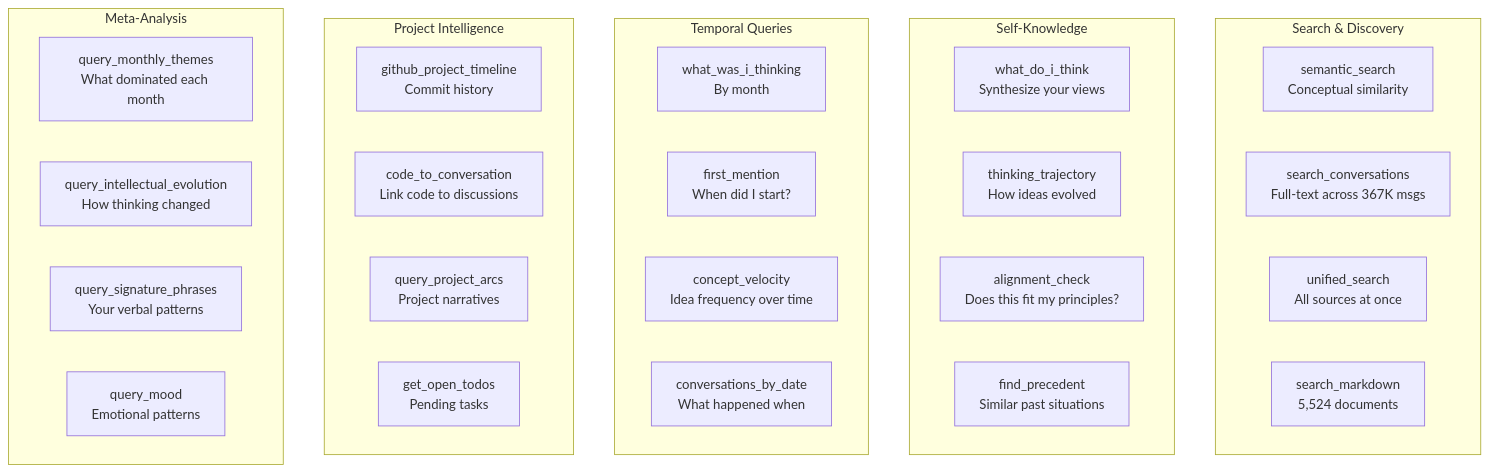
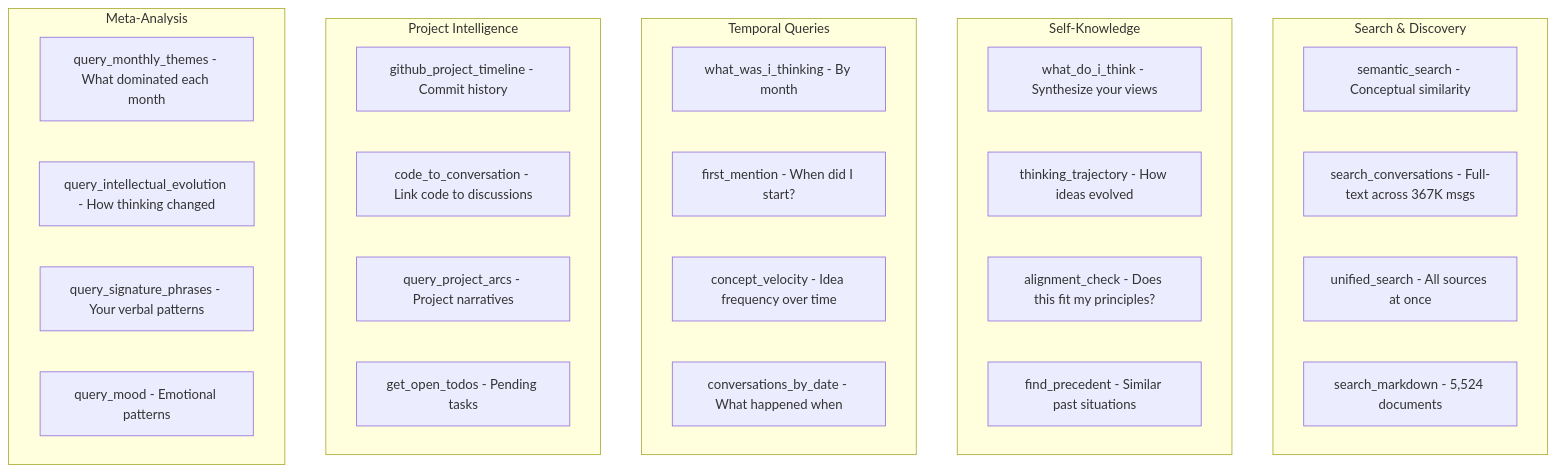
One commit to mordechaipotash/qinbot changed the second of 5 diagrams in README.md. Above: the diagram before and after it, drawn with Mermaid. The commit also changed other lines of this file, not shown here.

Commit message:
Fix: Mermaid diagram parse error - replace <br/> with dashes
GitHub's Mermaid renderer doesn't support HTML tags in node labels.
Replaced <br/> with ' - ' in diagram nodes while keeping HTML in tables.

````diff
--- a/README.md
+++ b/README.md
@@ -159,37 +159,37 @@
 ```mermaid
 graph TB
     subgraph "Search & Discovery"
-        S1[semantic_search<br/>Conceptual similarity]
-        S2[search_conversations<br/>Full-text across 367K msgs]
-        S3[unified_search<br/>All sources at once]
-        S4[search_markdown<br/>5,524 documents]
+        S1[semantic_search - Conceptual similarity]
+        S2[search_conversations - Full-text across 367K msgs]
+        S3[unified_search - All sources at once]
+        S4[search_markdown - 5,524 documents]
     end
     
     subgraph "Self-Knowledge"
-        K1[what_do_i_think<br/>Synthesize your views]
-        K2[thinking_trajectory<br/>How ideas evolved]
-        K3[alignment_check<br/>Does this fit my principles?]
-        K4[find_precedent<br/>Similar past situations]
+        K1[what_do_i_think - Synthesize your views]
+        K2[thinking_trajectory - How ideas evolved]
+        K3[alignment_check - Does this fit my principles?]
+        K4[find_precedent - Similar past situations]
     end
     
     subgraph "Temporal Queries"
-        T1[what_was_i_thinking<br/>By month]
-        T2[first_mention<br/>When did I start?]
-        T3[concept_velocity<br/>Idea frequency over time]
-        T4[conversations_by_date<br/>What happened when]
+        T1[what_was_i_thinking - By month]
+        T2[first_mention - When did I start?]
+        T3[concept_velocity - Idea frequency over time]
+        T4[conversations_by_date - What happened when]
     end
     
     subgraph "Project Intelligence"
-        P1[github_project_timeline<br/>Commit history]
-        P2[code_to_conversation<br/>Link code to discussions]
-        P3[query_project_arcs<br/>Project narratives]
-        P4[get_open_todos<br/>Pending tasks]
+        P1[github_project_timeline - Commit history]
+        P2[code_to_conversation - Link code to discussions]
+        P3[query_project_arcs - Project narratives]
+        P4[get_open_todos - Pending tasks]
     end
     
     subgraph "Meta-Analysis"
-        M1[query_monthly_themes<br/>What dominated each month]
-        M2[query_intellectual_evolution<br/>How thinking changed]
-        M3[query_signature_phrases<br/>Your verbal patterns]
-        M4[query_mood<br/>Emotional patterns]
+        M1[query_monthly_themes - What dominated each month]
+        M2[query_intellectual_evolution - How thinking changed]
+        M3[query_signature_phrases - Your verbal patterns]
+        M4[query_mood - Emotional patterns]
     end
 ```
````
